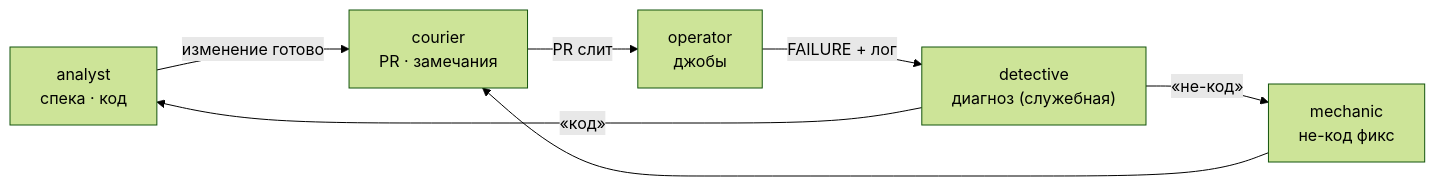
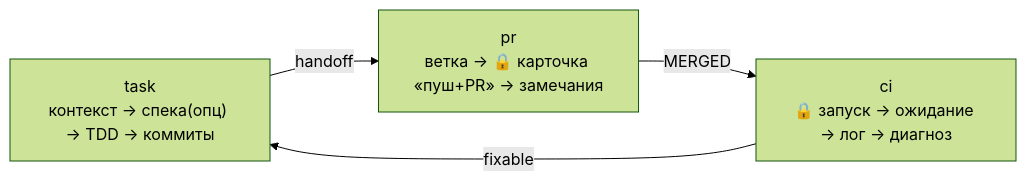
One commit to assistantoleg1809/share changed the diagram in extensions/ship-kit/docs/ship-kit.md. Above: the diagram before and after it, drawn with Mermaid (forest theme). The commit also changed other lines of this file and 138 other files, not shown here.

````diff
--- a/extensions/ship-kit/docs/ship-kit.md
+++ b/extensions/ship-kit/docs/ship-kit.md
@@ -62,9 +6,6 @@
 ```mermaid
 flowchart LR
-    AN["analyst<br/>спека · код"] -->|"изменение готово"| CU["courier<br/>PR · замечания"]
-    CU -->|"PR слит"| OP["operator<br/>джобы"]
-    OP -->|"FAILURE + лог"| DE["detective<br/>диагноз (служебная)"]
-    DE -->|"«код»"| AN
-    DE -->|"«не-код»"| ME["mechanic<br/>не-код фикс"]
-    ME --> CU
+    T["task<br/>контекст → спека(опц) → TDD → коммиты"] -->|handoff| P["pr<br/>ветка → 🔒 карточка «пуш+PR» → замечания"]
+    P -->|"MERGED"| C["ci<br/>🔒 запуск → ожидание → лог → диагноз"]
+    C -->|"fixable"| T
 ```
````
